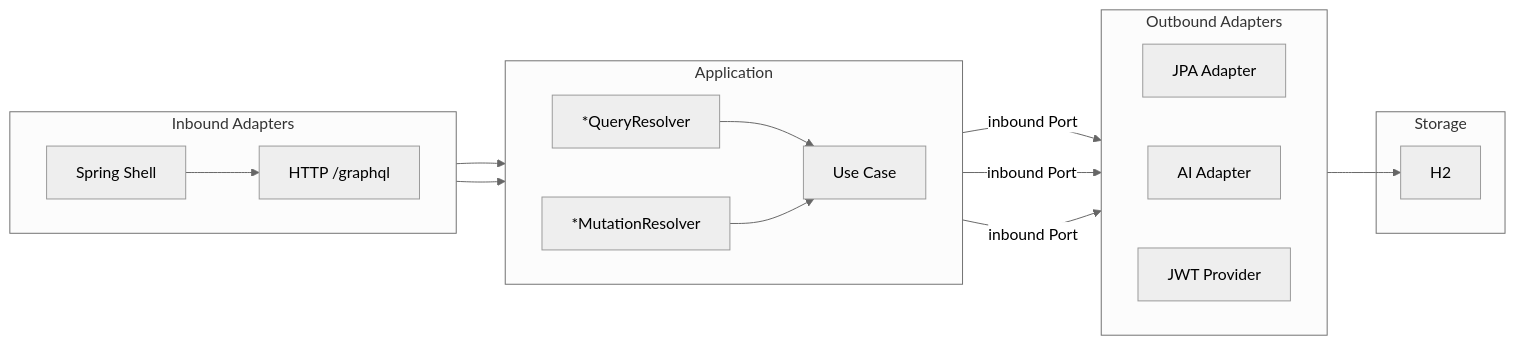
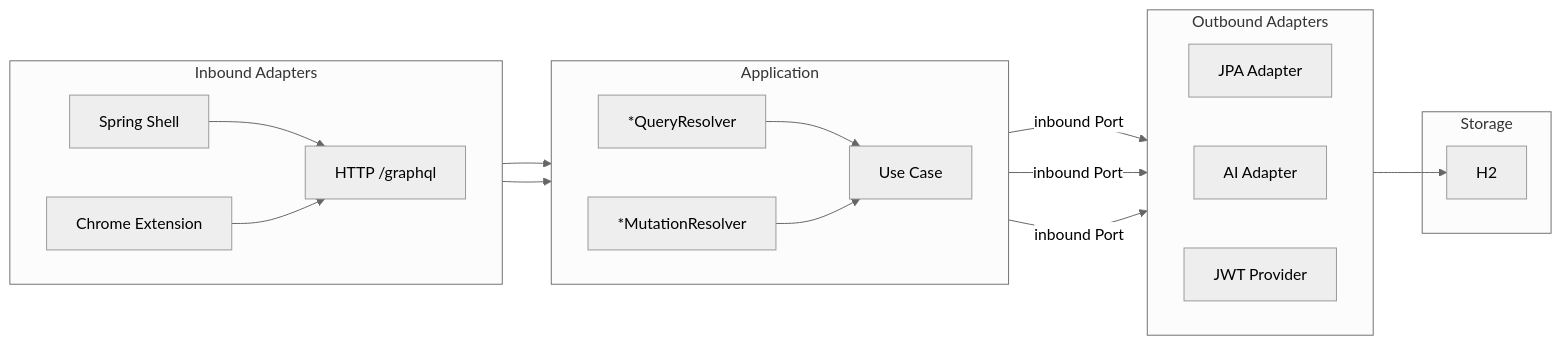
The second of 3 diagrams in README.md (JuanPabloJimenezEsclusa/alexandra-job-tracker), drawn with Mermaid (neutral theme) before and after one commit. The commit also changed other lines of this file and 115 other files, not shown here.

````diff
--- a/README.md
+++ b/README.md
@@ -91,29 +109,31 @@
 ```mermaid
 flowchart LR
     subgraph inbound [Inbound Adapters]
         direction LR
         CLI["Spring Shell"]
+        BrowserExt["Chrome Extension"]
         HTTP["HTTP /graphql"]
     end
     subgraph app [Application]
         direction LR
         QR["*QueryResolver"]
         MR["*MutationResolver"]
         UC["Use Case"]
     end
     subgraph outbound [Outbound Adapters]
         direction LR
         JPA["JPA Adapter"]
         AI["AI Adapter"]
         JWT["JWT Provider"]
     end
     subgraph storage [Storage]
         DB[H2]
     end
 
     CLI --> HTTP
+    BrowserExt --> HTTP
     HTTP --> QR & MR
     QR & MR --> UC
     UC --> |inbound Port| JPA & AI & JWT
     JPA --> DB
 ```
````
